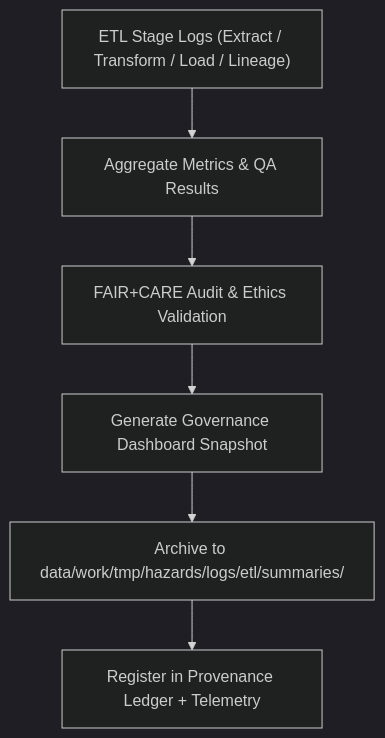
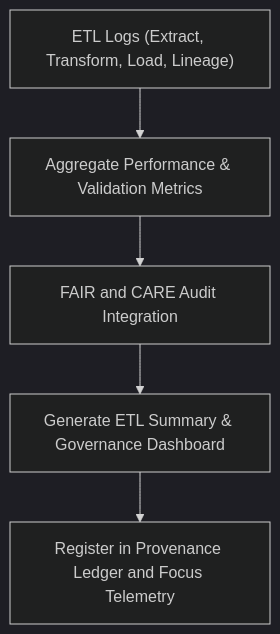
Before and after one commit to bartytime4life/Kansas-Frontier-Matrix: the diagram in data/work/tmp/hazards/logs/etl/summaries/README.md, drawn with Mermaid (dark theme). The commit also changed other lines of this file, not shown here.

````diff
--- a/data/work/tmp/hazards/logs/etl/summaries/README.md
+++ b/data/work/tmp/hazards/logs/etl/summaries/README.md
@@ -68,8 +68,7 @@
 ```mermaid
 flowchart TD
-    A["ETL Stage Logs (Extract / Transform / Load / Lineage)"] --> B["Aggregate Metrics & QA Results"]
-    B --> C["FAIR+CARE Audit & Ethics Validation"]
-    C --> D["Generate Governance Dashboard Snapshot"]
-    D --> E["Archive to data/work/tmp/hazards/logs/etl/summaries/"]
-    E --> F["Register in Provenance Ledger + Telemetry"]
+    A["ETL Logs (Extract, Transform, Load, Lineage)"] --> B["Aggregate Performance & Validation Metrics"]
+    B --> C["FAIR and CARE Audit Integration"]
+    C --> D["Generate ETL Summary & Governance Dashboard"]
+    D --> E["Register in Provenance Ledger and Focus Telemetry"]
 ```
````
